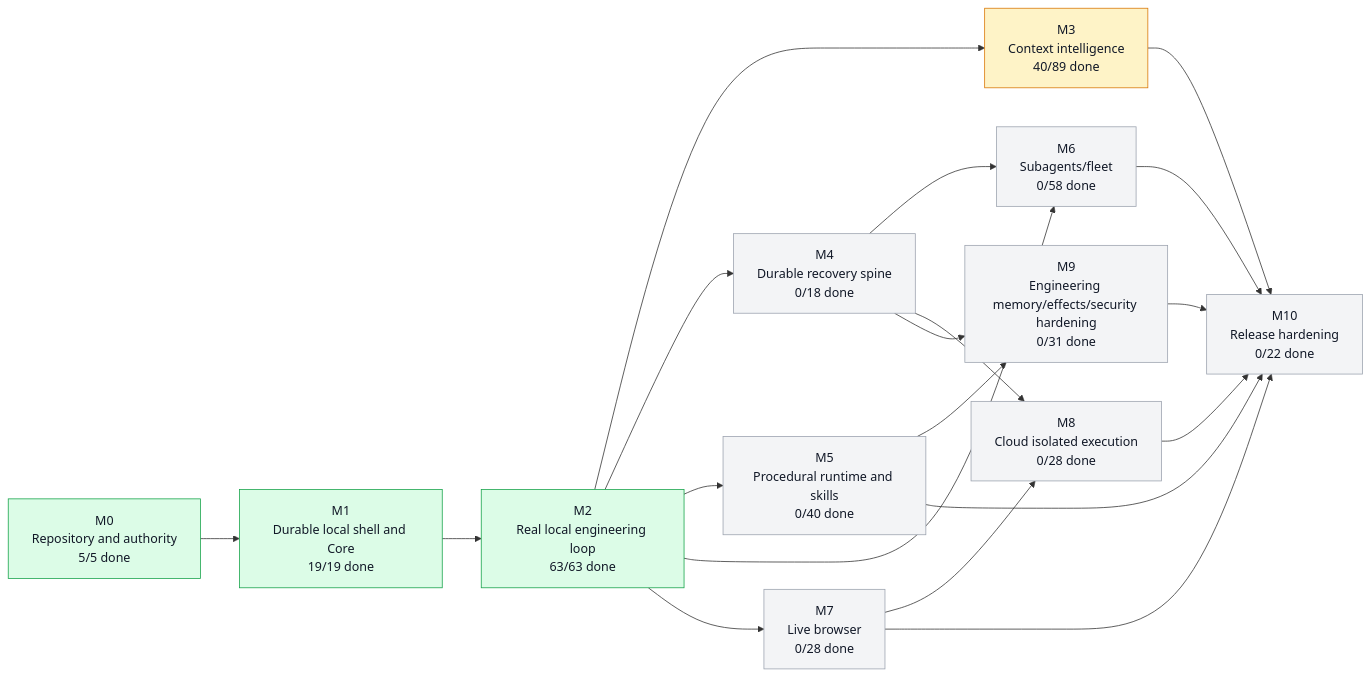
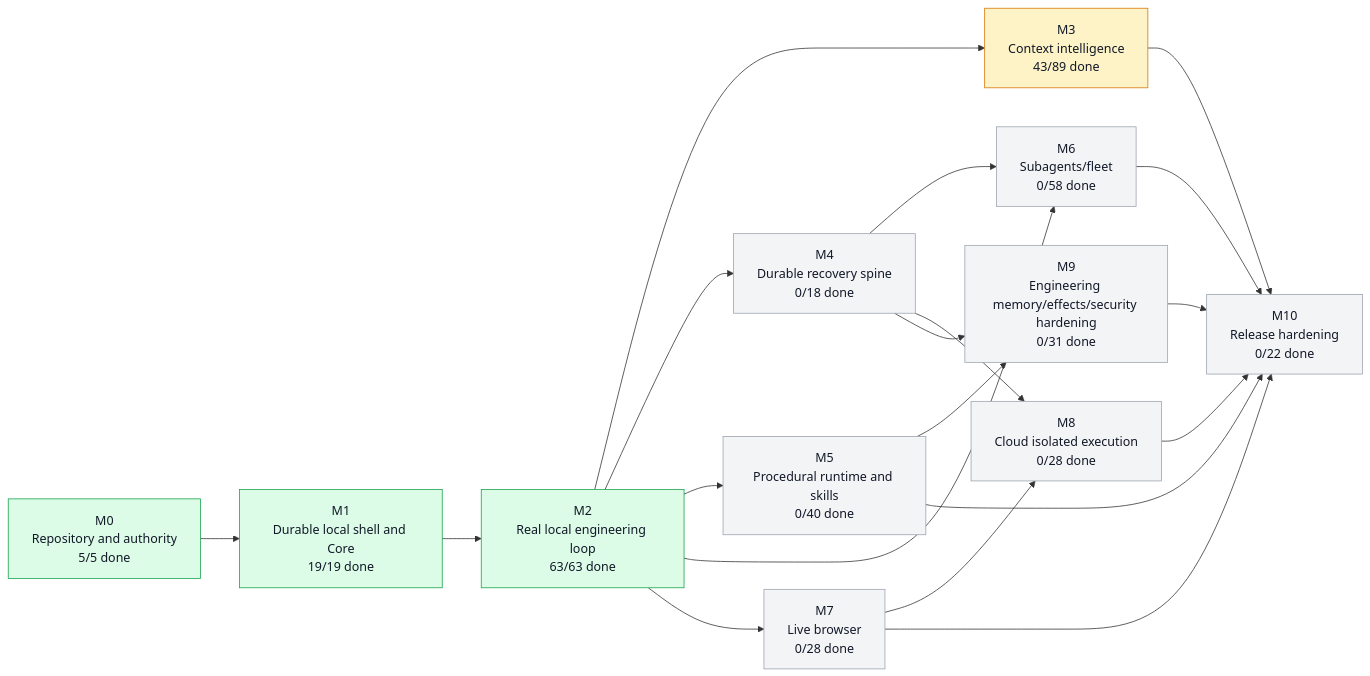
The first of 5 diagrams in graph/PROJECT_GRAPH.md (moss101/modbit), drawn with Mermaid before and after one commit. The commit also changed other lines of this file and 12 other files, not shown here.

````diff
--- a/graph/PROJECT_GRAPH.md
+++ b/graph/PROJECT_GRAPH.md
@@ -57,43 +57,43 @@
 ```mermaid
 flowchart LR
   M0["M0<br/>Repository and authority<br/>5/5 done"]
   M1["M1<br/>Durable local shell and Core<br/>19/19 done"]
   M2["M2<br/>Real local engineering loop<br/>63/63 done"]
-  M3["M3<br/>Context intelligence<br/>40/89 done"]
+  M3["M3<br/>Context intelligence<br/>43/89 done"]
   M4["M4<br/>Durable recovery spine<br/>0/18 done"]
   M5["M5<br/>Procedural runtime and skills<br/>0/40 done"]
   M6["M6<br/>Subagents/fleet<br/>0/58 done"]
   M7["M7<br/>Live browser<br/>0/28 done"]
   M8["M8<br/>Cloud isolated execution<br/>0/28 done"]
   M9["M9<br/>Engineering memory/effects/security hardening<br/>0/31 done"]
   M10["M10<br/>Release hardening<br/>0/22 done"]
   M0 --> M1
   M1 --> M2
   M2 --> M3
   M2 --> M4
   M2 --> M5
   M2 --> M6
   M4 --> M6
   M2 --> M7
   M4 --> M8
   M7 --> M8
   M4 --> M9
   M5 --> M9
   M3 --> M10
   M5 --> M10
   M6 --> M10
   M7 --> M10
   M8 --> M10
   M9 --> M10
   style M0 fill:#dcfce7,stroke:#16a34a,color:#111827
   style M1 fill:#dcfce7,stroke:#16a34a,color:#111827
   style M2 fill:#dcfce7,stroke:#16a34a,color:#111827
   style M3 fill:#fef3c7,stroke:#d97706,color:#111827
   style M4 fill:#f3f4f6,stroke:#9ca3af,color:#111827
   style M5 fill:#f3f4f6,stroke:#9ca3af,color:#111827
   style M6 fill:#f3f4f6,stroke:#9ca3af,color:#111827
   style M7 fill:#f3f4f6,stroke:#9ca3af,color:#111827
   style M8 fill:#f3f4f6,stroke:#9ca3af,color:#111827
   style M9 fill:#f3f4f6,stroke:#9ca3af,color:#111827
   style M10 fill:#f3f4f6,stroke:#9ca3af,color:#111827
 ```
````
